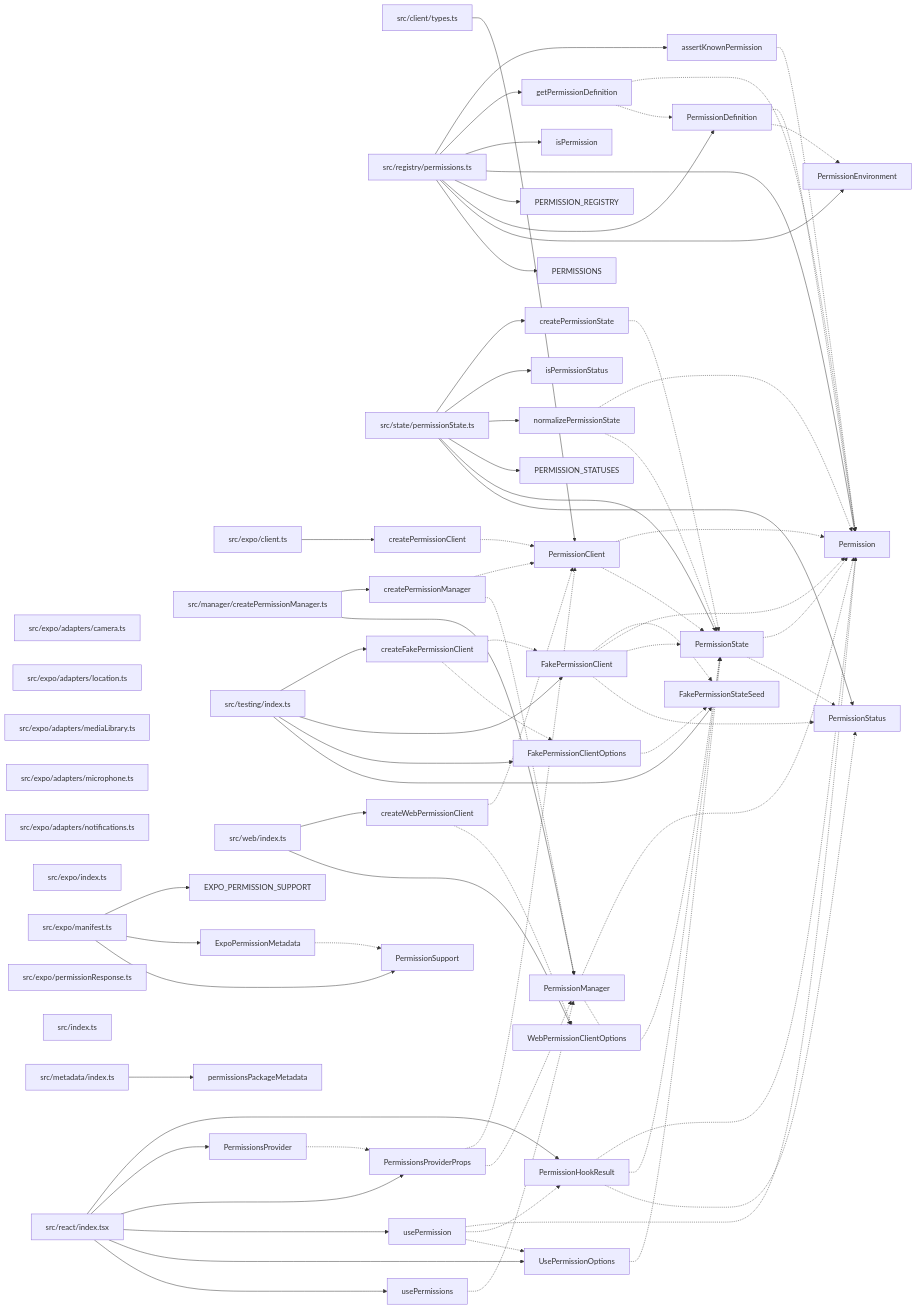
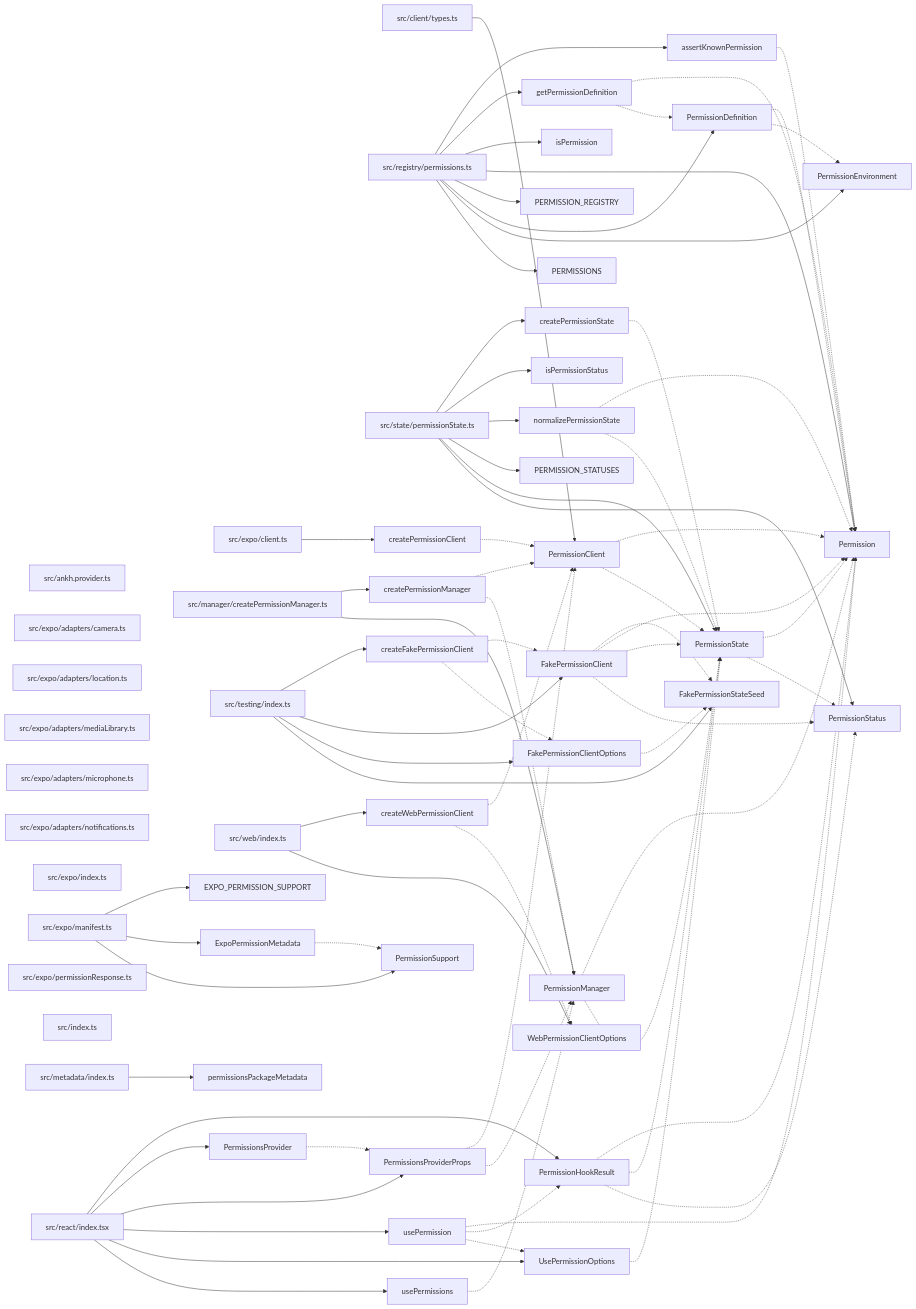
The diagram in paradox/diagrams/export-graph.mmd (ankhorage/permissions), drawn with Mermaid before and after one commit. The commit also changed 6 other files, not shown here.

```diff
--- a/paradox/diagrams/export-graph.mmd
+++ b/paradox/diagrams/export-graph.mmd
@@ -1,125 +1,126 @@
 graph LR
+  module_src_ankh_provider_ts["src/ankh.provider.ts"]
   module_src_client_types_ts["src/client/types.ts"]
   module_src_expo_adapters_camera_ts["src/expo/adapters/camera.ts"]
   module_src_expo_adapters_location_ts["src/expo/adapters/location.ts"]
   module_src_expo_adapters_mediaLibrary_ts["src/expo/adapters/mediaLibrary.ts"]
   module_src_expo_adapters_microphone_ts["src/expo/adapters/microphone.ts"]
   module_src_expo_adapters_notifications_ts["src/expo/adapters/notifications.ts"]
   module_src_expo_client_ts["src/expo/client.ts"]
   module_src_expo_index_ts["src/expo/index.ts"]
   module_src_expo_manifest_ts["src/expo/manifest.ts"]
   module_src_expo_permissionResponse_ts["src/expo/permissionResponse.ts"]
   module_src_index_ts["src/index.ts"]
   module_src_manager_createPermissionManager_ts["src/manager/createPermissionManager.ts"]
   module_src_metadata_index_ts["src/metadata/index.ts"]
   module_src_react_index_tsx["src/react/index.tsx"]
   module_src_registry_permissions_ts["src/registry/permissions.ts"]
   module_src_state_permissionState_ts["src/state/permissionState.ts"]
   module_src_testing_index_ts["src/testing/index.ts"]
   module_src_web_index_ts["src/web/index.ts"]
   export_assertKnownPermission["assertKnownPermission"]
   module_src_registry_permissions_ts --> export_assertKnownPermission
   export_assertKnownPermission -.-> export_Permission
   export_createFakePermissionClient["createFakePermissionClient"]
   module_src_testing_index_ts --> export_createFakePermissionClient
   export_createFakePermissionClient -.-> export_FakePermissionClient
   export_createFakePermissionClient -.-> export_FakePermissionClientOptions
   export_createPermissionClient["createPermissionClient"]
   module_src_expo_client_ts --> export_createPermissionClient
   export_createPermissionClient -.-> export_PermissionClient
   export_createPermissionManager["createPermissionManager"]
   module_src_manager_createPermissionManager_ts --> export_createPermissionManager
   export_createPermissionManager -.-> export_PermissionClient
   export_createPermissionManager -.-> export_PermissionManager
   export_createPermissionState["createPermissionState"]
   module_src_state_permissionState_ts --> export_createPermissionState
   export_createPermissionState -.-> export_PermissionState
   export_createWebPermissionClient["createWebPermissionClient"]
   module_src_web_index_ts --> export_createWebPermissionClient
   export_createWebPermissionClient -.-> export_PermissionClient
   export_createWebPermissionClient -.-> export_WebPermissionClientOptions
   export_EXPO_PERMISSION_SUPPORT["EXPO_PERMISSION_SUPPORT"]
   module_src_expo_manifest_ts --> export_EXPO_PERMISSION_SUPPORT
   export_ExpoPermissionMetadata["ExpoPermissionMetadata"]
   module_src_expo_manifest_ts --> export_ExpoPermissionMetadata
   export_ExpoPermissionMetadata -.-> export_PermissionSupport
   export_FakePermissionClient["FakePermissionClient"]
   module_src_testing_index_ts --> export_FakePermissionClient
   export_FakePermissionClient -.-> export_FakePermissionStateSeed
   export_FakePermissionClient -.-> export_Permission
   export_FakePermissionClient -.-> export_PermissionState
   export_FakePermissionClient -.-> export_PermissionStatus
   export_FakePermissionClientOptions["FakePermissionClientOptions"]
   module_src_testing_index_ts --> export_FakePermissionClientOptions
   export_FakePermissionClientOptions -.-> export_FakePermissionStateSeed
   export_FakePermissionStateSeed["FakePermissionStateSeed"]
   module_src_testing_index_ts --> export_FakePermissionStateSeed
   export_getPermissionDefinition["getPermissionDefinition"]
   module_src_registry_permissions_ts --> export_getPermissionDefinition
   export_getPermissionDefinition -.-> export_Permission
   export_getPermissionDefinition -.-> export_PermissionDefinition
   export_isPermission["isPermission"]
   module_src_registry_permissions_ts --> export_isPermission
   export_isPermissionStatus["isPermissionStatus"]
   module_src_state_permissionState_ts --> export_isPermissionStatus
   export_normalizePermissionState["normalizePermissionState"]
   module_src_state_permissionState_ts --> export_normalizePermissionState
   export_normalizePermissionState -.-> export_Permission
   export_normalizePermissionState -.-> export_PermissionState
   export_Permission["Permission"]
   module_src_registry_permissions_ts --> export_Permission
   export_PERMISSION_REGISTRY["PERMISSION_REGISTRY"]
   module_src_registry_permissions_ts --> export_PERMISSION_REGISTRY
   export_PERMISSION_STATUSES["PERMISSION_STATUSES"]
   module_src_state_permissionState_ts --> export_PERMISSION_STATUSES
   export_PermissionClient["PermissionClient"]
   module_src_client_types_ts --> export_PermissionClient
   export_PermissionClient -.-> export_Permission
   export_PermissionClient -.-> export_PermissionState
   export_PermissionDefinition["PermissionDefinition"]
   module_src_registry_permissions_ts --> export_PermissionDefinition
   export_PermissionDefinition -.-> export_Permission
   export_PermissionDefinition -.-> export_PermissionEnvironment
   export_PermissionEnvironment["PermissionEnvironment"]
   module_src_registry_permissions_ts --> export_PermissionEnvironment
   export_PermissionHookResult["PermissionHookResult"]
   module_src_react_index_tsx --> export_PermissionHookResult
   export_PermissionHookResult -.-> export_Permission
   export_PermissionHookResult -.-> export_PermissionState
   export_PermissionHookResult -.-> export_PermissionStatus
   export_PermissionManager["PermissionManager"]
   module_src_manager_createPermissionManager_ts --> export_PermissionManager
   export_PermissionManager -.-> export_Permission
   export_PermissionManager -.-> export_PermissionState
   export_PERMISSIONS["PERMISSIONS"]
   module_src_registry_permissions_ts --> export_PERMISSIONS
   export_permissionsPackageMetadata["permissionsPackageMetadata"]
   module_src_metadata_index_ts --> export_permissionsPackageMetadata
   export_PermissionsProvider["PermissionsProvider"]
   module_src_react_index_tsx --> export_PermissionsProvider
   export_PermissionsProvider -.-> export_PermissionsProviderProps
   export_PermissionsProviderProps["PermissionsProviderProps"]
   module_src_react_index_tsx --> export_PermissionsProviderProps
   export_PermissionsProviderProps -.-> export_PermissionClient
   export_PermissionsProviderProps -.-> export_PermissionManager
   export_PermissionState["PermissionState"]
   module_src_state_permissionState_ts --> export_PermissionState
   export_PermissionState -.-> export_Permission
   export_PermissionState -.-> export_PermissionStatus
   export_PermissionStatus["PermissionStatus"]
   module_src_state_permissionState_ts --> export_PermissionStatus
   export_PermissionSupport["PermissionSupport"]
   module_src_expo_manifest_ts --> export_PermissionSupport
   export_usePermission["usePermission"]
   module_src_react_index_tsx --> export_usePermission
   export_usePermission -.-> export_Permission
   export_usePermission -.-> export_PermissionHookResult
   export_usePermission -.-> export_UsePermissionOptions
   export_UsePermissionOptions["UsePermissionOptions"]
   module_src_react_index_tsx --> export_UsePermissionOptions
   export_UsePermissionOptions -.-> export_PermissionState
   export_usePermissions["usePermissions"]
   module_src_react_index_tsx --> export_usePermissions
   export_usePermissions -.-> export_PermissionManager
   export_WebPermissionClientOptions["WebPermissionClientOptions"]
   module_src_web_index_ts --> export_WebPermissionClientOptions
```
